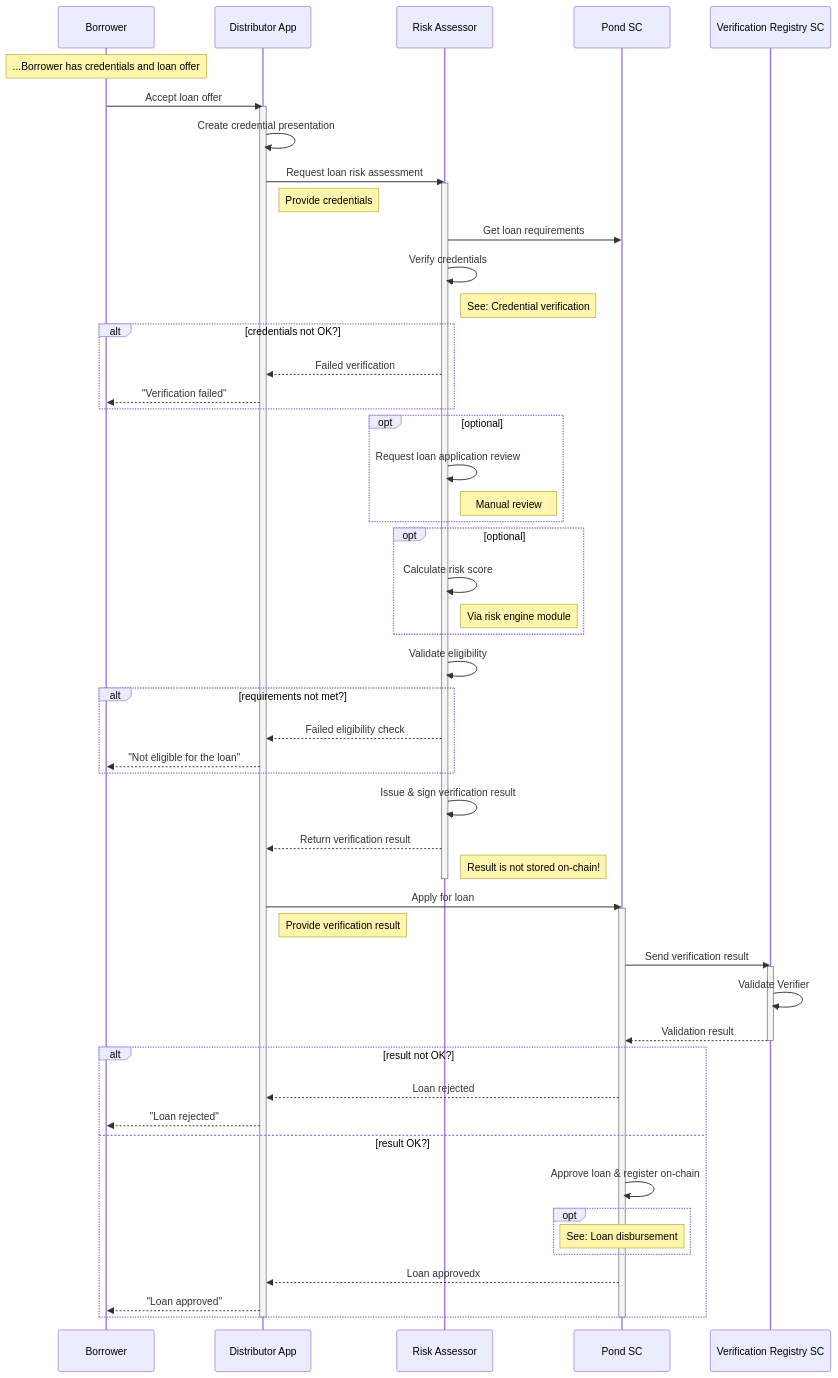
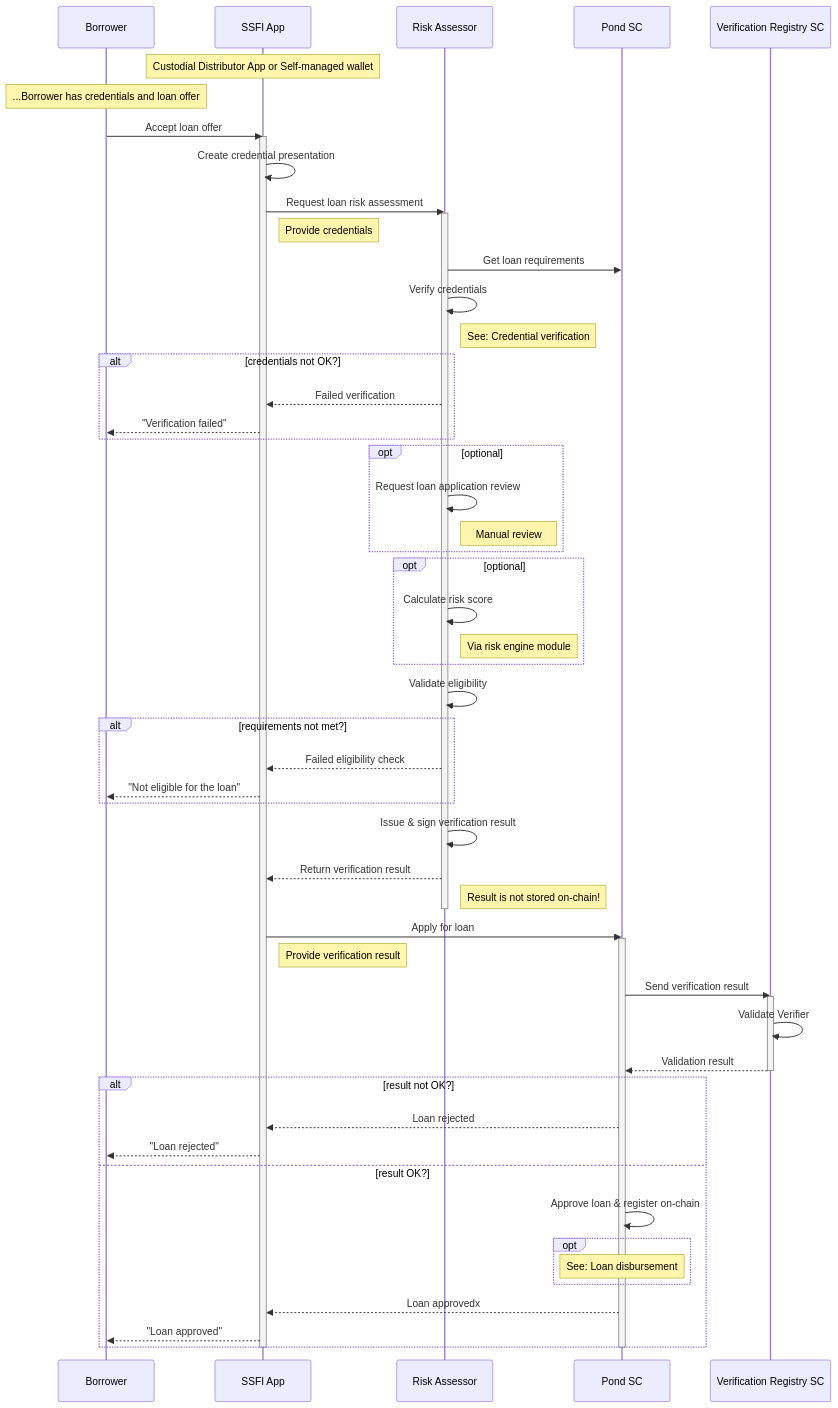
The diagram in flows/C-Risk-Mgmt-3-Loan-Approval.md (growr-xyz/growr-documentation), drawn with Mermaid before and after one commit. The commit also changed other lines of this file and 19 other files, not shown here.

````diff
--- a/flows/C-Risk-Mgmt-3-Loan-Approval.md
+++ b/flows/C-Risk-Mgmt-3-Loan-Approval.md
@@ -4,60 +3,61 @@
 ```mermaid
 sequenceDiagram
     participant Borrower
-    participant Distributor App
+    participant SSFI App
     participant Risk Assessor
     participant Pond SC
     participant Verification Registry SC
+    Note over SSFI App: Custodial Distributor App or Self-managed wallet
     Note over Borrower: ...Borrower has credentials and loan offer
-    Borrower->>Distributor App: Accept loan offer
-    activate Distributor App
-    Distributor App->>Distributor App: Create credential presentation
-    Distributor App->>Risk Assessor: Request loan risk assessment
+    Borrower->>SSFI App: Accept loan offer
+    activate SSFI App
+    SSFI App->>SSFI App: Create credential presentation
+    SSFI App->>Risk Assessor: Request loan risk assessment
     activate Risk Assessor
-    Note right of Distributor App: Provide credentials
+    Note right of SSFI App: Provide credentials
     Risk Assessor->>Pond SC: Get loan requirements
     Risk Assessor->>Risk Assessor: Verify credentials
     Note right of Risk Assessor: See: Credential verification
     alt credentials not OK?
-        Risk Assessor-->>Distributor App: Failed verification
-        Distributor App-->>Borrower: "Verification failed"
+        Risk Assessor-->>SSFI App: Failed verification
+        SSFI App-->>Borrower: "Verification failed"
     end
     opt optional
         Risk Assessor->>Risk Assessor: Request loan application review
         Note right of Risk Assessor: Manual review
     end
     opt optional
         Risk Assessor->>Risk Assessor: Calculate risk score
         Note right of Risk Assessor: Via risk engine module
     end
     Risk Assessor->>Risk Assessor: Validate eligibility
     alt requirements not met?
-        Risk Assessor-->>Distributor App: Failed eligibility check
-        Distributor App-->>Borrower: "Not eligible for the loan"
+        Risk Assessor-->>SSFI App: Failed eligibility check
+        SSFI App-->>Borrower: "Not eligible for the loan"
     end
     Risk Assessor->>Risk Assessor: Issue & sign verification result
-    Risk Assessor-->>Distributor App: Return verification result
+    Risk Assessor-->>SSFI App: Return verification result
     Note right of Risk Assessor: Result is not stored on-chain!
     deactivate Risk Assessor
-    Distributor App->>Pond SC: Apply for loan
+    SSFI App->>Pond SC: Apply for loan
     activate Pond SC
-    Note right of Distributor App: Provide verification result
+    Note right of SSFI App: Provide verification result
     Pond SC->>Verification Registry SC: Send verification result
     activate Verification Registry SC
     Verification Registry SC->>Verification Registry SC: Validate Verifier
     Verification Registry SC-->>Pond SC: Validation result
     deactivate Verification Registry SC
     alt result not OK?
-        Pond SC-->>Distributor App: Loan rejected
-        Distributor App-->>Borrower: "Loan rejected"
+        Pond SC-->>SSFI App: Loan rejected
+        SSFI App-->>Borrower: "Loan rejected"
     else result OK?
         Pond SC->>Pond SC: Approve loan & register on-chain
         opt
             Note over Pond SC: See: Loan disbursement
         end
-        Pond SC-->>Distributor App: Loan approvedx
-        Distributor App-->>Borrower: "Loan approved"
+        Pond SC-->>SSFI App: Loan approvedx
+        SSFI App-->>Borrower: "Loan approved"
     end
     deactivate Pond SC
-    deactivate Distributor App
+    deactivate SSFI App
 ```
````
